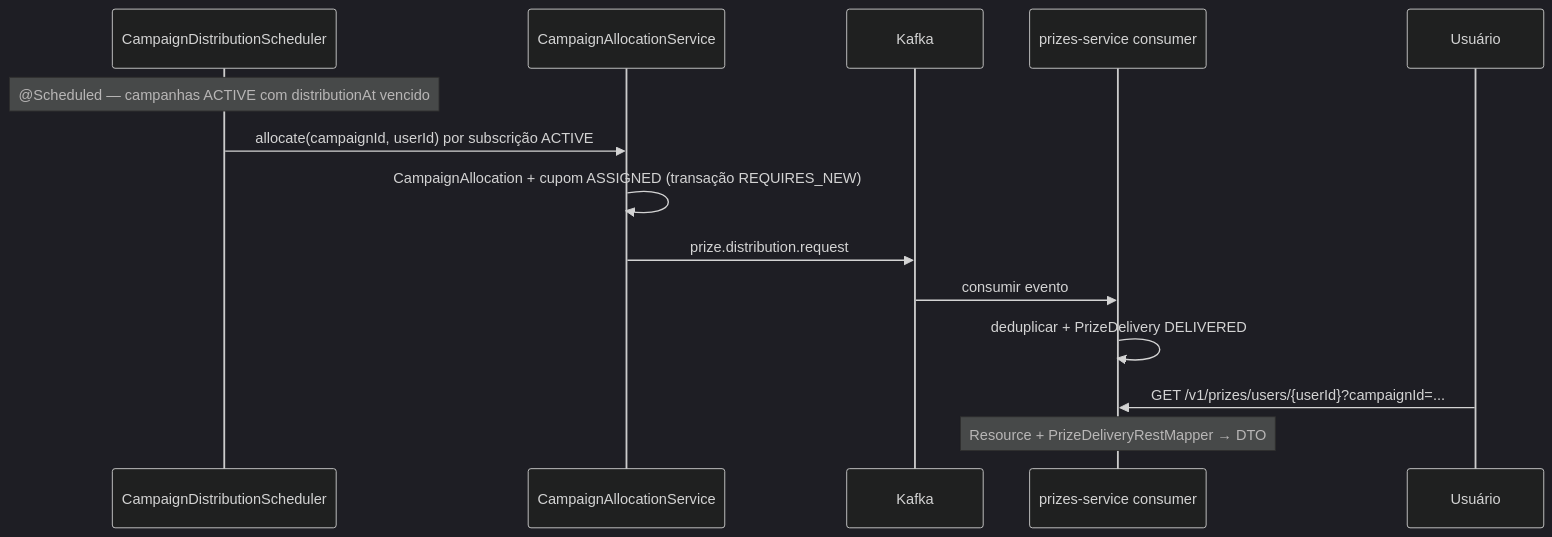
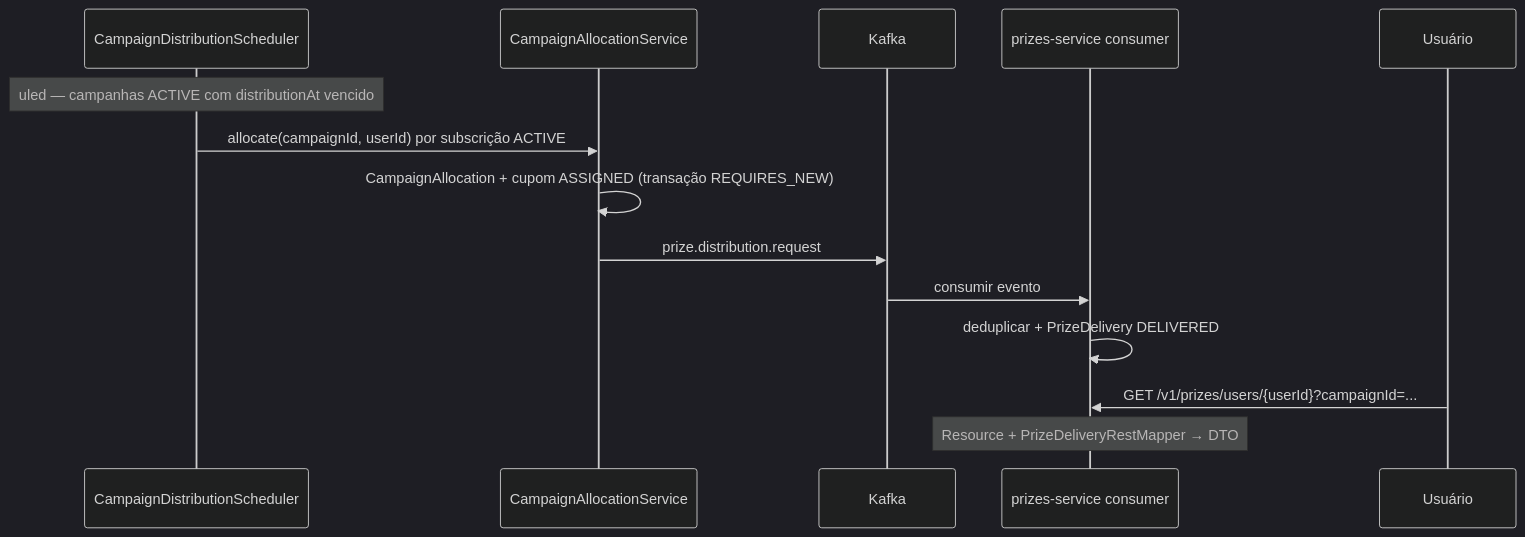
The sixth of 7 diagrams in docs/diagramas-de-fluxo.md (rcdnascimento/coupons-app), drawn with Mermaid (dark theme) before and after one commit. The commit also changed 43 other files, not shown here.

````diff
--- a/docs/diagramas-de-fluxo.md
+++ b/docs/diagramas-de-fluxo.md
@@ -168,18 +168,18 @@
 ```mermaid
 sequenceDiagram
   participant SCH as CampaignDistributionScheduler
   participant CAS as CampaignAllocationService
   participant K as Kafka
   participant PR as prizes-service consumer
   participant U as Usuário
 
-  Note over SCH: @Scheduled — campanhas ACTIVE com distributionAt vencido
+  Note over SCH: uled — campanhas ACTIVE com distributionAt vencido
   SCH->>CAS: allocate(campaignId, userId) por subscrição ACTIVE
   CAS->>CAS: CampaignAllocation + cupom ASSIGNED (transação REQUIRES_NEW)
   CAS->>K: prize.distribution.request
   K->>PR: consumir evento
   PR->>PR: deduplicar + PrizeDelivery DELIVERED
 
   U->>PR: GET /v1/prizes/users/{userId}?campaignId=...
   Note over PR: Resource + PrizeDeliveryRestMapper → DTO
 ```
````
